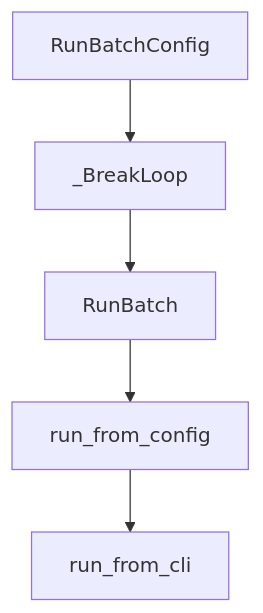
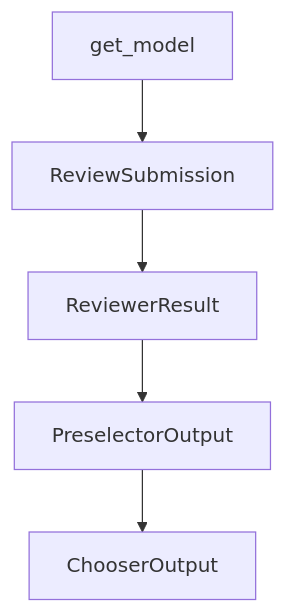
Before and after one commit to johnxie/awesome-code-docs: the diagram in tutorials/swe-agent-tutorial/04-tooling-environments-and-model-strategy.md, drawn with Mermaid. The commit also changed other lines of this file and 1232 other files, not shown here.

````diff
--- a/tutorials/swe-agent-tutorial/04-tooling-environments-and-model-strategy.md
+++ b/tutorials/swe-agent-tutorial/04-tooling-environments-and-model-strategy.md
@@ -200,12 +211,12 @@
 ```mermaid
 flowchart TD
-    A[RunBatchConfig]
-    B[_BreakLoop]
-    C[RunBatch]
-    D[run_from_config]
-    E[run_from_cli]
+    A[get_model]
+    B[ReviewSubmission]
+    C[ReviewerResult]
+    D[PreselectorOutput]
+    E[ChooserOutput]
     A --> B
     B --> C
     C --> D
     D --> E
 ```
````
